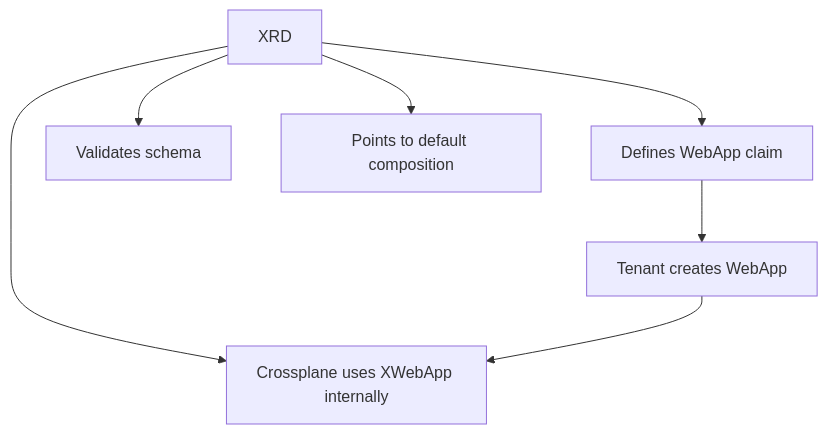
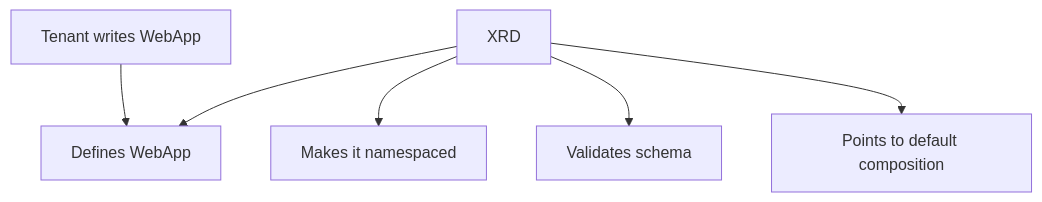
Before and after one commit to RizaSatya/homelab: the fifth of 7 diagrams in docs/2026-04-04-crossplane-resources-explained.md, drawn with Mermaid. The commit also changed other lines of this file and 16 other files, not shown here.

````diff
--- a/docs/2026-04-04-crossplane-resources-explained.md
+++ b/docs/2026-04-04-crossplane-resources-explained.md
@@ -314,10 +221,9 @@
 ```mermaid
 flowchart TD
-  A["XRD"] --> B["Defines XWebApp"]
-  A --> C["Defines WebApp claim"]
+  A["XRD"] --> B["Defines WebApp"]
+  A --> C["Makes it namespaced"]
   A --> D["Validates schema"]
   A --> E["Points to default composition"]
 
-  C --> F["Tenant creates WebApp"]
-  F --> B["Crossplane uses XWebApp internally"]
+  F["Tenant writes WebApp"] --> B
 ```
````
